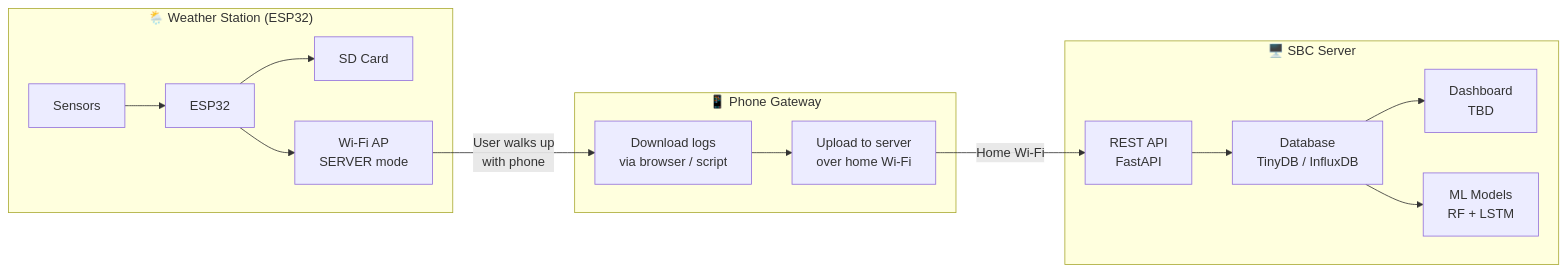
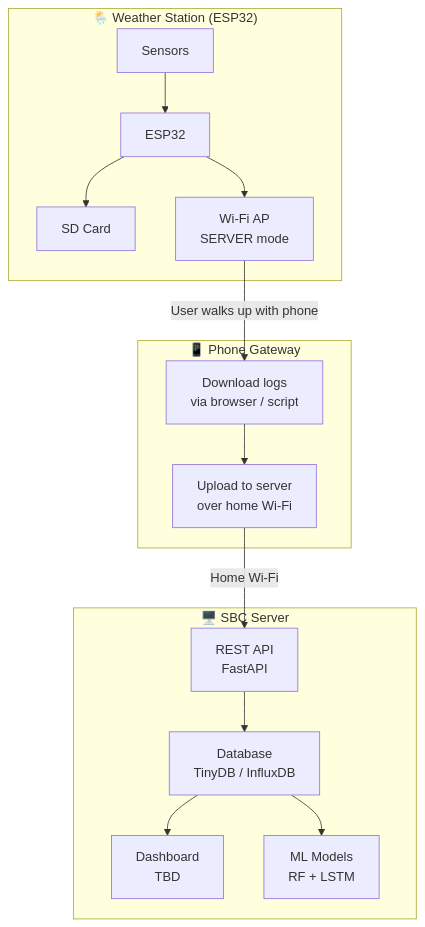
One commit to wg1d/personal-autonomous-weather-station changed the first of 3 diagrams in docs/chapters/02-architecture.qmd. Above: the diagram before and after it, drawn with Mermaid. The commit also changed 2 other files, not shown here.

Commit message:
docs: add day-to-day operation section, fix FSM diagrams, layout and rendering

````diff
--- a/docs/chapters/02-architecture.qmd
+++ b/docs/chapters/02-architecture.qmd
@@ -20,26 +20,27 @@
 ```{mermaid}
-flowchart LR
+%%| column: page
+flowchart TB
     subgraph Station["🌦️ Weather Station (ESP32)"]
         S1[Sensors] --> MCU[ESP32]
         MCU --> SD[SD Card]
-        MCU --> AP[Wi-Fi AP\nSERVER mode]
+        MCU --> AP[Wi-Fi AP<br/>SERVER mode]
     end
 
     subgraph Phone["📱 Phone Gateway"]
-        DL[Download logs\nvia browser / script]
-        UL[Upload to server\nover home Wi-Fi]
+        DL[Download logs<br/>via browser / script]
+        UL[Upload to server<br/>over home Wi-Fi]
         DL --> UL
     end
 
     subgraph Backend["🖥️ SBC Server"]
-        API[REST API\nFastAPI]
-        DB[Database\nTinyDB / InfluxDB]
-        DASH[Dashboard\nTBD]
-        ML[ML Models\nRF + LSTM]
+        API[REST API<br/>FastAPI]
+        DB[Database<br/>TinyDB / InfluxDB]
+        DASH[Dashboard<br/>TBD]
+        ML[ML Models<br/>RF + LSTM]
         API --> DB --> DASH
         DB --> ML
     end
 
-    AP -->|"User walks up\nwith phone"| DL
+    AP -->|"User walks up with phone"| DL
     UL -->|"Home Wi-Fi"| API
 ```
````
